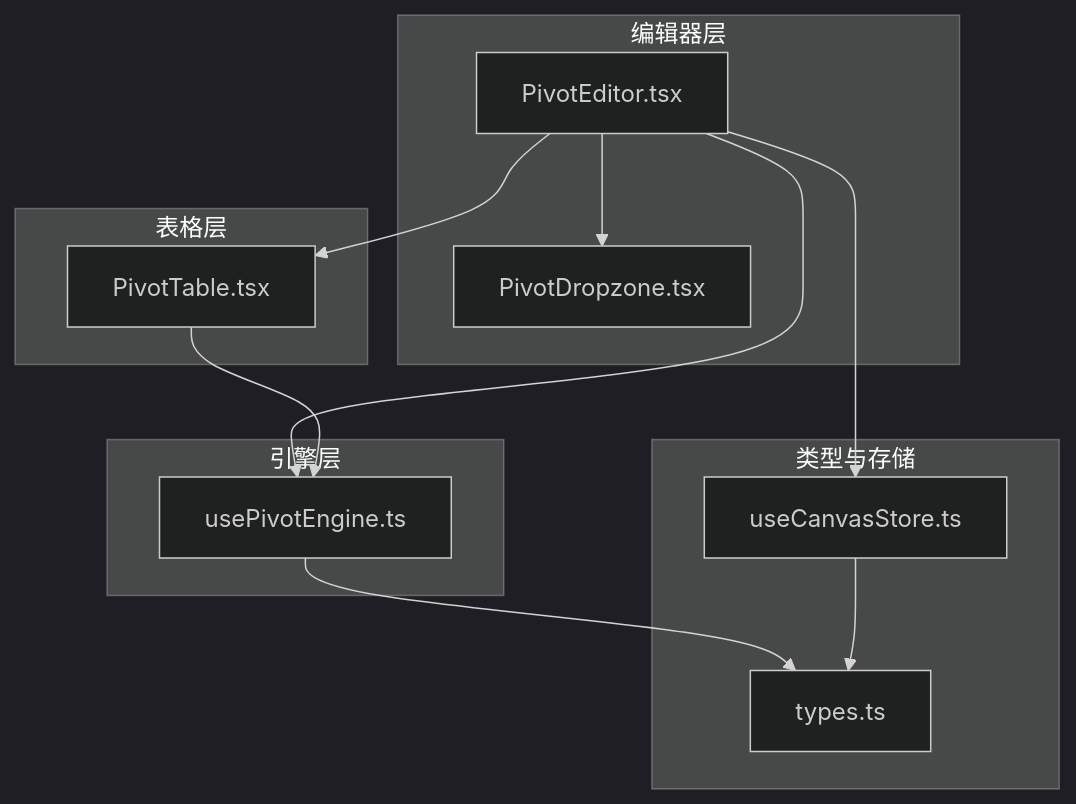
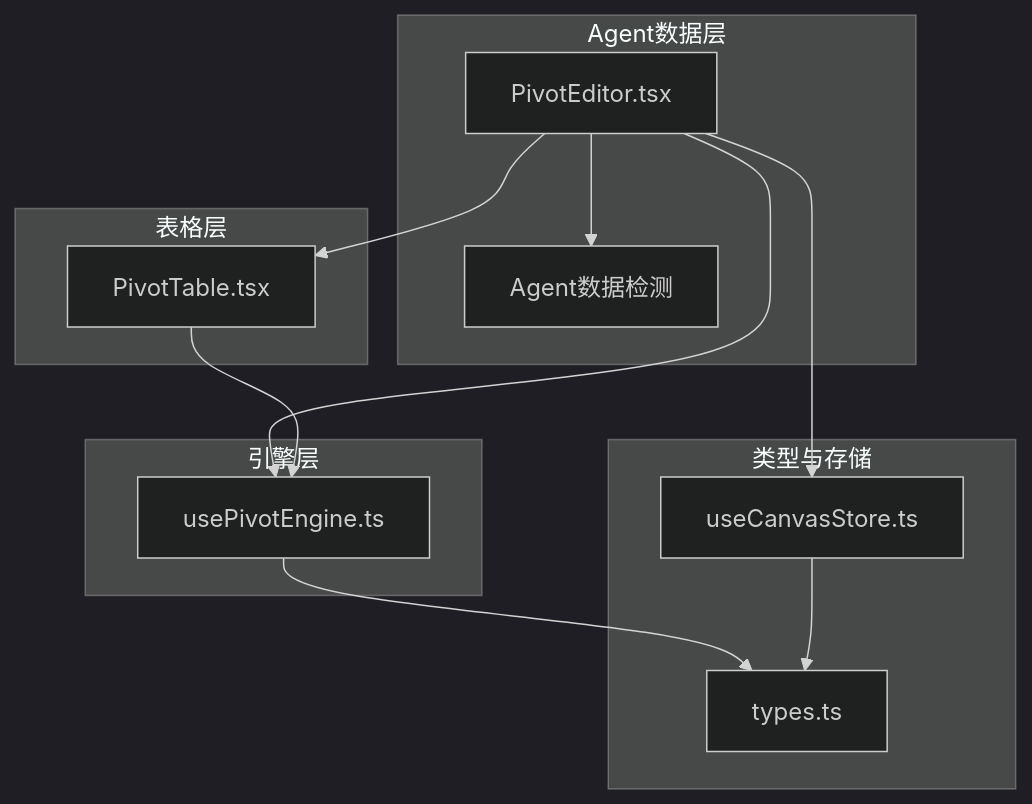
One commit to KunLabAI/KunFlix changed the first of 4 diagrams in .qoder/repowiki/zh/content/前端组件系统/画布编辑器/数据透视系统.md. Above: the diagram before and after it, drawn with Mermaid (dark theme). The commit also changed other lines of this file and 5 other files, not shown here.

````diff
--- a/.qoder/repowiki/zh/content/前端组件系统/画布编辑器/数据透视系统.md
+++ b/.qoder/repowiki/zh/content/前端组件系统/画布编辑器/数据透视系统.md
@@ -36,24 +43,24 @@
 ```mermaid
 graph TB
-subgraph "编辑器层"
+subgraph "Agent数据层"
 PE["PivotEditor.tsx"]
-PDZ["PivotDropzone.tsx"]
+ATD["Agent数据检测"]
 end
 subgraph "引擎层"
 UPE["usePivotEngine.ts"]
 end
 subgraph "表格层"
 PT["PivotTable.tsx"]
 end
 subgraph "类型与存储"
 T["types.ts"]
 CS["useCanvasStore.ts"]
 end
-PE --> PDZ
+PE --> ATD
 PE --> UPE
 PE --> PT
 PE --> CS
 PT --> UPE
 UPE --> T
 CS --> T
 ```
````
